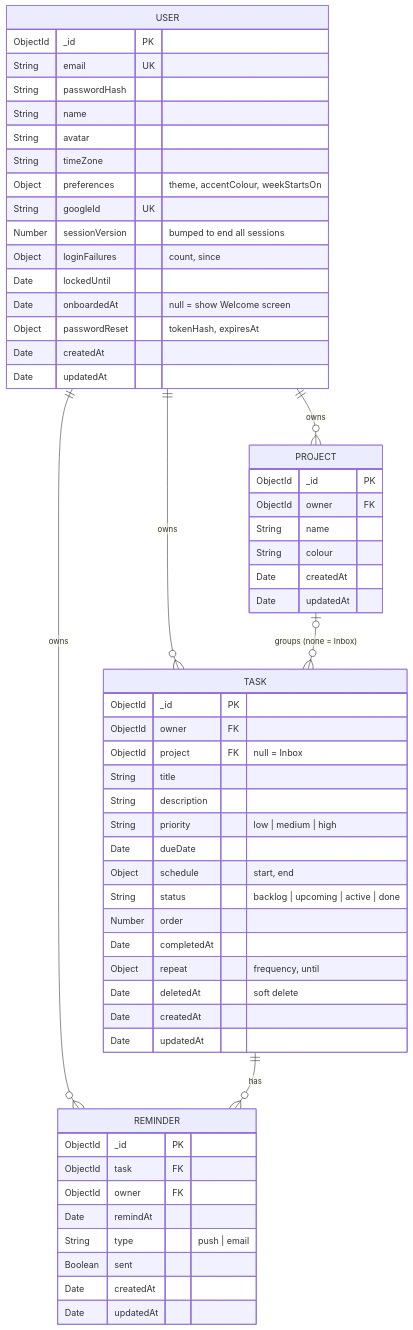
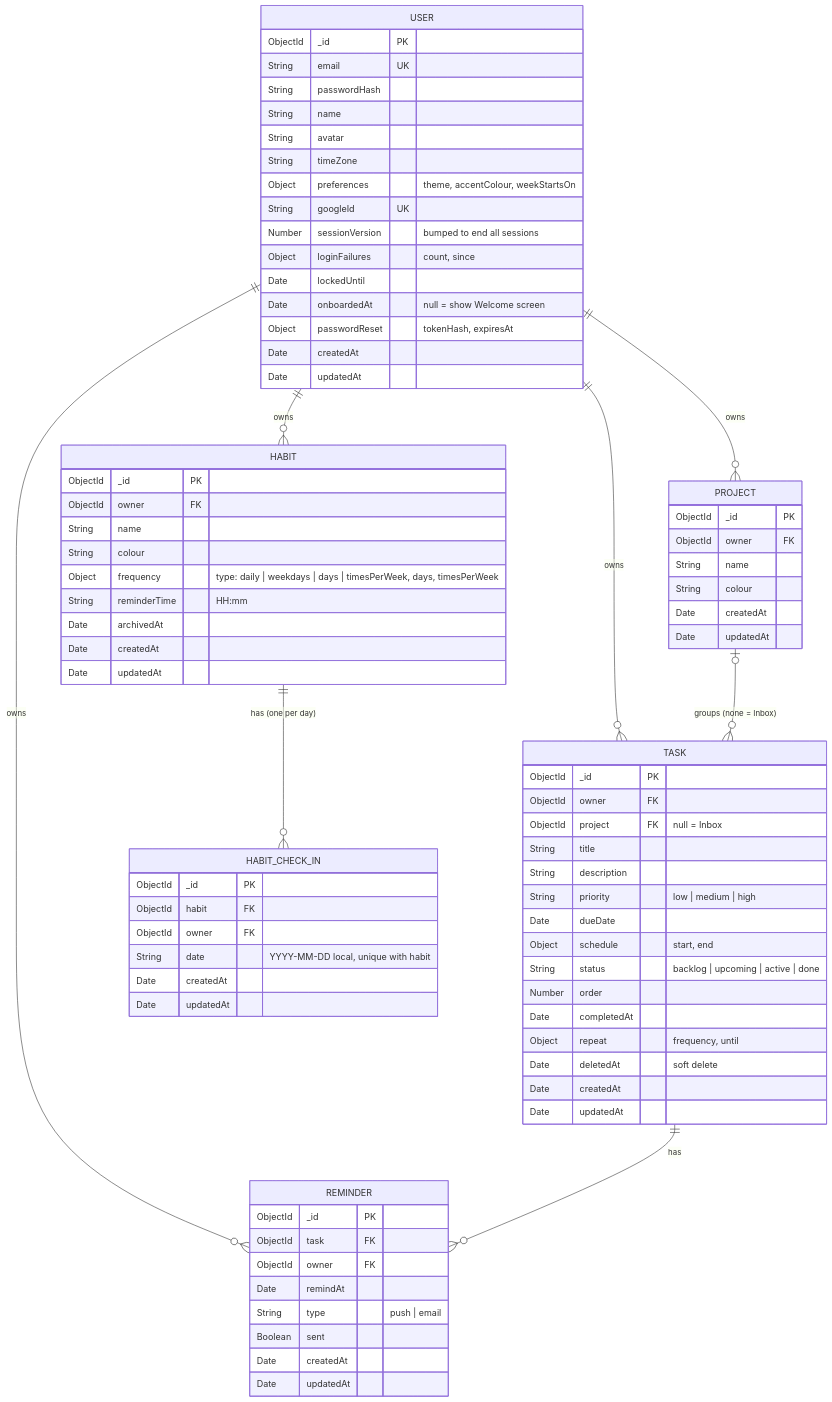
Before and after one commit to khang-ngo4444/VCD_Agendal: the diagram in docs/erd.mmd, drawn with Mermaid. The commit also changed 2 other files, not shown here.

Commit message:
Add Habit and HabitCheckIn models

```diff
--- a/docs/erd.mmd
+++ b/docs/erd.mmd
@@ -1,61 +1,82 @@
 %% Source for docs/erd.png. Re-render after editing:
 %% npx -y @mermaid-js/mermaid-cli -i docs/erd.mmd -o docs/erd.png -b white -s 2
 erDiagram
     USER ||--o{ PROJECT : owns
     USER ||--o{ TASK : owns
     USER ||--o{ REMINDER : owns
     PROJECT |o--o{ TASK : "groups (none = Inbox)"
     TASK ||--o{ REMINDER : has
+    USER ||--o{ HABIT : owns
+    HABIT ||--o{ HABIT_CHECK_IN : "has (one per day)"
 
     USER {
         ObjectId _id PK
         String email UK
         String passwordHash
         String name
         String avatar
         String timeZone
         Object preferences "theme, accentColour, weekStartsOn"
         String googleId UK
         Number sessionVersion "bumped to end all sessions"
         Object loginFailures "count, since"
         Date lockedUntil
         Date onboardedAt "null = show Welcome screen"
         Object passwordReset "tokenHash, expiresAt"
         Date createdAt
         Date updatedAt
     }
     PROJECT {
         ObjectId _id PK
         ObjectId owner FK
         String name
         String colour
         Date createdAt
         Date updatedAt
     }
     TASK {
         ObjectId _id PK
         ObjectId owner FK
         ObjectId project FK "null = Inbox"
         String title
         String description
         String priority "low | medium | high"
         Date dueDate
         Object schedule "start, end"
         String status "backlog | upcoming | active | done"
         Number order
         Date completedAt
         Object repeat "frequency, until"
         Date deletedAt "soft delete"
         Date createdAt
         Date updatedAt
     }
     REMINDER {
         ObjectId _id PK
         ObjectId task FK
         ObjectId owner FK
         Date remindAt
         String type "push | email"
         Boolean sent
         Date createdAt
         Date updatedAt
     }
+    HABIT {
+        ObjectId _id PK
+        ObjectId owner FK
+        String name
+        String colour
+        Object frequency "type: daily | weekdays | days | timesPerWeek, days, timesPerWeek"
+        String reminderTime "HH:mm"
+        Date archivedAt
+        Date createdAt
+        Date updatedAt
+    }
+    HABIT_CHECK_IN {
+        ObjectId _id PK
+        ObjectId habit FK
+        ObjectId owner FK
+        String date "YYYY-MM-DD local, unique with habit"
+        Date createdAt
+        Date updatedAt
+    }
```
